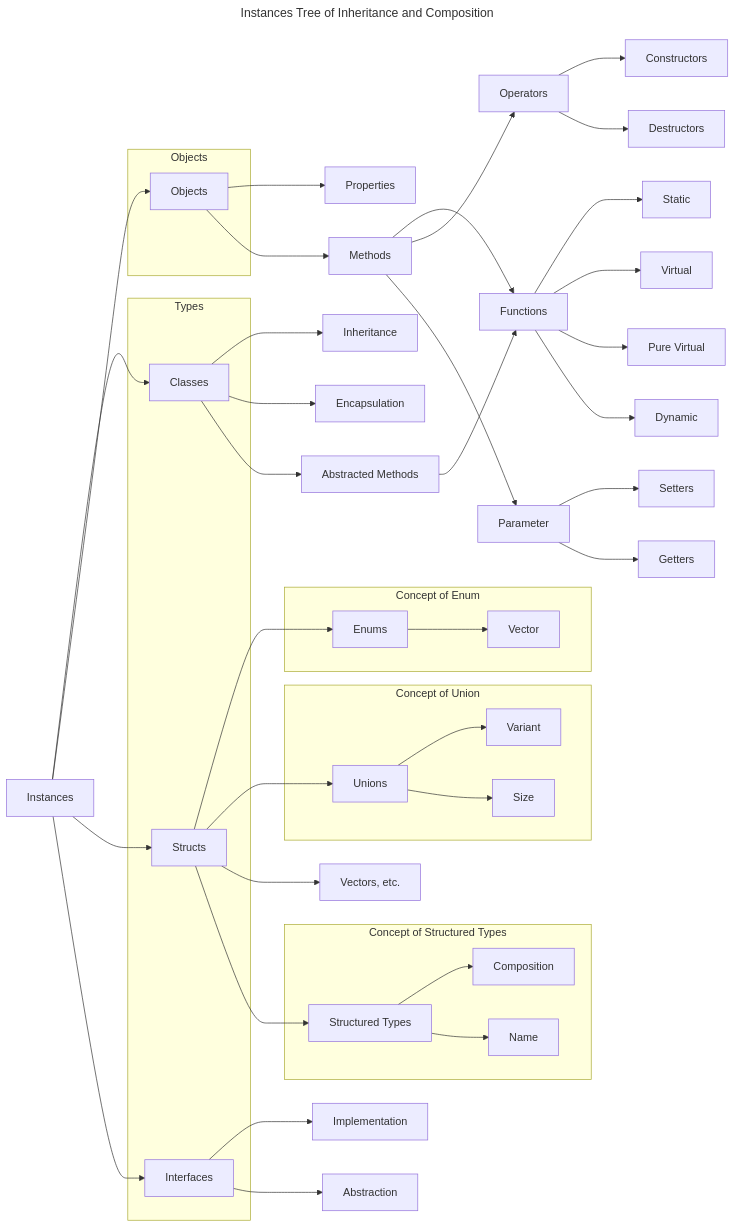
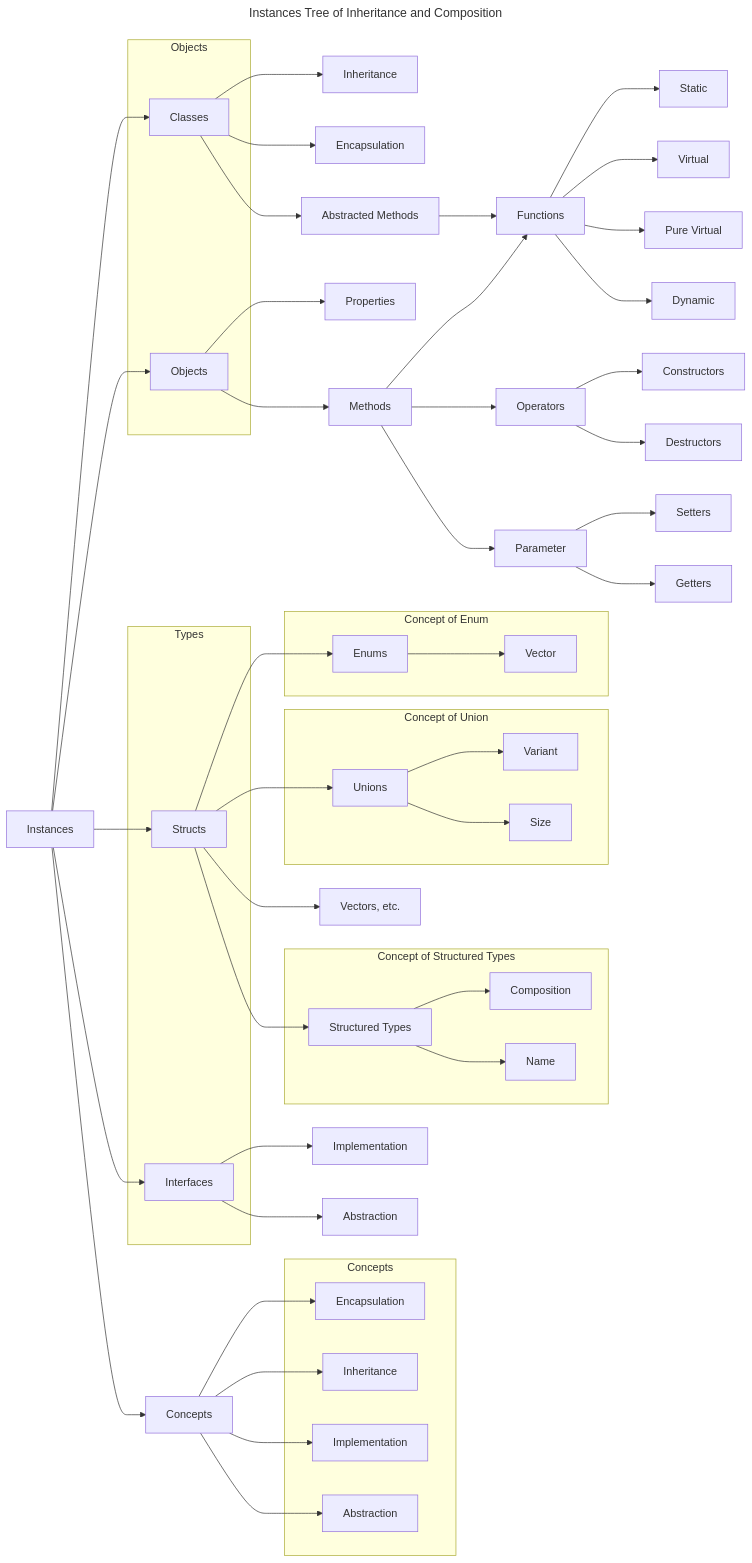
Before and after one commit to DevKiDCosmo/Cosmolang-Core: the second of 2 diagrams in keywords.md, drawn with Mermaid.

Commit message:
Refactor mermaid diagram in keywords.md to improve structure and add concepts related to encapsulation, inheritance, implementation, and abstraction

````diff
--- a/keywords.md
+++ b/keywords.md
@@ -164,65 +164,78 @@
 ```mermaid
 ---
 title: Instances Tree of Inheritance and Composition
 ---
 graph LR
     A[Instances] --> B[Classes]
     subgraph Types
-        B[Classes]
         D[Structs]
         E[Interfaces]
     end
     A --> C[Objects]
     A --> D[Structs]
     A --> E[Interfaces]
     
     subgraph Objects
         C[Objects]
+        B[Classes]
+    end
+    
+    A-->2c
+    2c[Concepts] --> 2p
+    2c --> 2q
+    2c --> 2r
+    2c --> 2u
+    
+    subgraph Concepts
+        2p[Encapsulation]
+        2q[Inheritance]
+        2r[Implementation]
+        2u[Abstraction]
     end
     
     C --> G[Properties]
     C --> H[Methods]
     
     H --> Z[Functions]
     Z --> I[Static]
     Z --> J[Virtual]
     Z --> K[Pure Virtual]
     Z --> L[Dynamic]
     
     H --> M[Operators]
     M --> Y[Constructors]
     M --> X[Destructors]
 
     H --> O[Parameter]
     O --> N[Setters]
     O --> W[Getters]
     
     D --> F[Enums]
     
     subgraph Concept of Enum
         F --> d[Vector]
     end
     
     D --> V[Unions]
     
     subgraph Concept of Union
         V --> c[Variant]
         V --> v[Size]
     end
     
     D --> T[Vectors, etc.]
     D --> S[Structured Types]
     
     subgraph Concept of Structured Types
         S --> f[Composition]
         S --> s[Name]
     end
     
     B --> Q[Inheritance]
     B --> P[Encapsulation]
     B --> z[Abstracted Methods]
     z --> Z
     
     E --> R[Implementation]
     E --> U[Abstraction]
 ```
````
